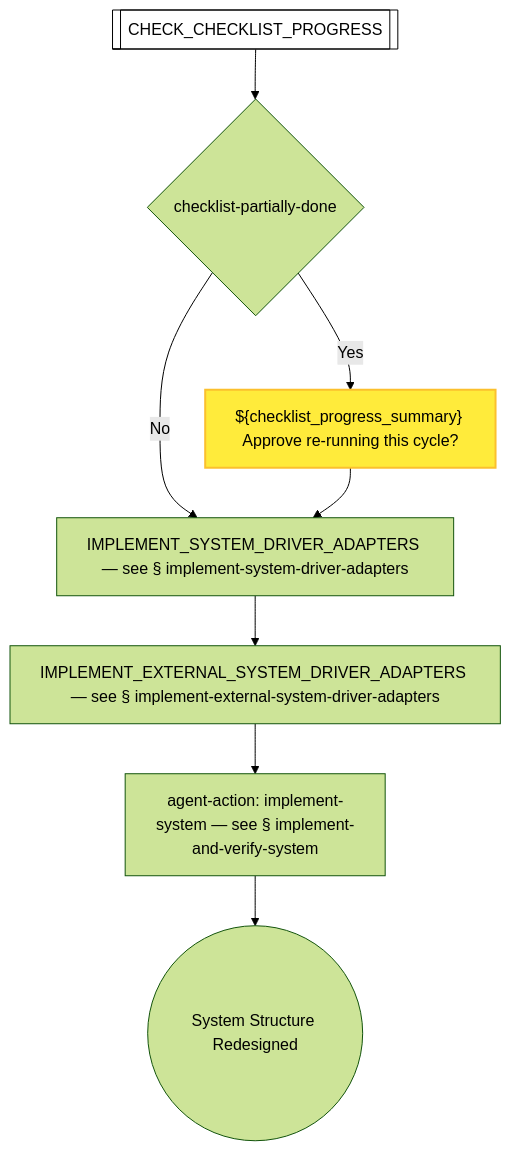
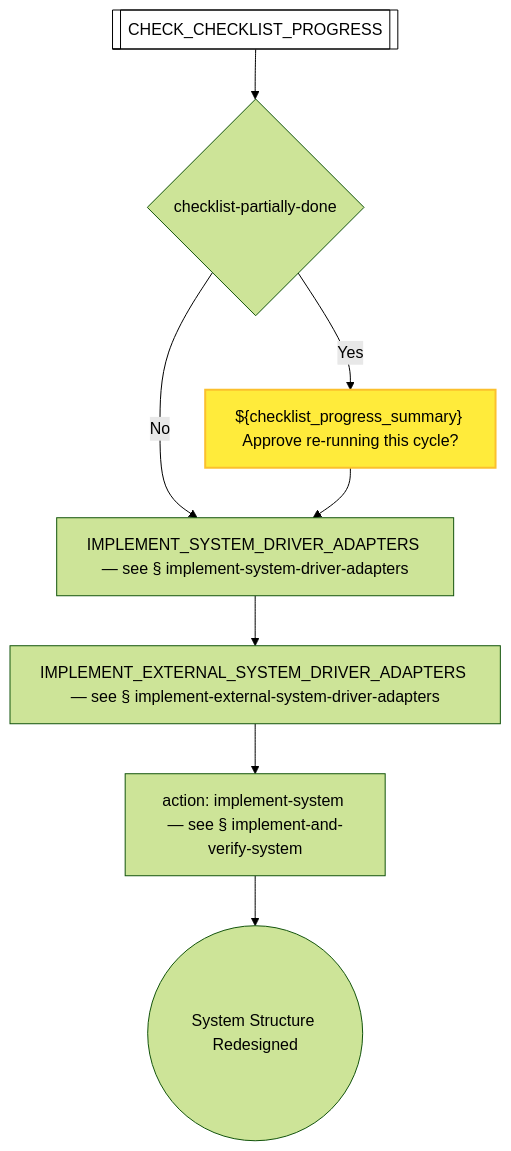
The tenth of 50 diagrams in docs/process-diagram.md (optivem/gh-optivem), drawn with Mermaid (forest theme) before and after one commit. The commit also changed other lines of this file and 6 other files, not shown here.

````diff
--- a/docs/process-diagram.md
+++ b/docs/process-diagram.md
@@ -242,24 +242,24 @@
 ```mermaid
 flowchart TD
     CHECK_CHECKLIST_PROGRESS[[CHECK_CHECKLIST_PROGRESS]]
     GATE_CHECKLIST_PARTIALLY_DONE{checklist-partially-done}
-    IMPLEMENT_AND_VERIFY_SYSTEM[agent-action: implement-system — see § implement-and-verify-system]
+    IMPLEMENT_AND_VERIFY_SYSTEM[action: implement-system — see § implement-and-verify-system]
     IMPLEMENT_EXTERNAL_SYSTEM_DRIVER_ADAPTERS[IMPLEMENT_EXTERNAL_SYSTEM_DRIVER_ADAPTERS — see § implement-external-system-driver-adapters]
     IMPLEMENT_SYSTEM_DRIVER_ADAPTERS[IMPLEMENT_SYSTEM_DRIVER_ADAPTERS — see § implement-system-driver-adapters]
     REDESIGN_END((System Structure Redesigned))
     STOP_CHECKLIST_PARTIALLY_DONE["${checklist_progress_summary} Approve re-running this cycle?"]
 
     CHECK_CHECKLIST_PROGRESS --> GATE_CHECKLIST_PARTIALLY_DONE
     GATE_CHECKLIST_PARTIALLY_DONE -- Yes --> STOP_CHECKLIST_PARTIALLY_DONE
     GATE_CHECKLIST_PARTIALLY_DONE -- No --> IMPLEMENT_SYSTEM_DRIVER_ADAPTERS
     STOP_CHECKLIST_PARTIALLY_DONE --> IMPLEMENT_SYSTEM_DRIVER_ADAPTERS
     IMPLEMENT_SYSTEM_DRIVER_ADAPTERS --> IMPLEMENT_EXTERNAL_SYSTEM_DRIVER_ADAPTERS
     IMPLEMENT_EXTERNAL_SYSTEM_DRIVER_ADAPTERS --> IMPLEMENT_AND_VERIFY_SYSTEM
     IMPLEMENT_AND_VERIFY_SYSTEM --> REDESIGN_END
 
     classDef serviceNode fill:#ffffff,stroke:#000000,stroke-width:1px,color:#000000
     class CHECK_CHECKLIST_PROGRESS serviceNode
 
     classDef humanNode fill:#ffeb3b,stroke:#fbc02d,stroke-width:2px,color:#000000
     class STOP_CHECKLIST_PARTIALLY_DONE humanNode
 ```
````
